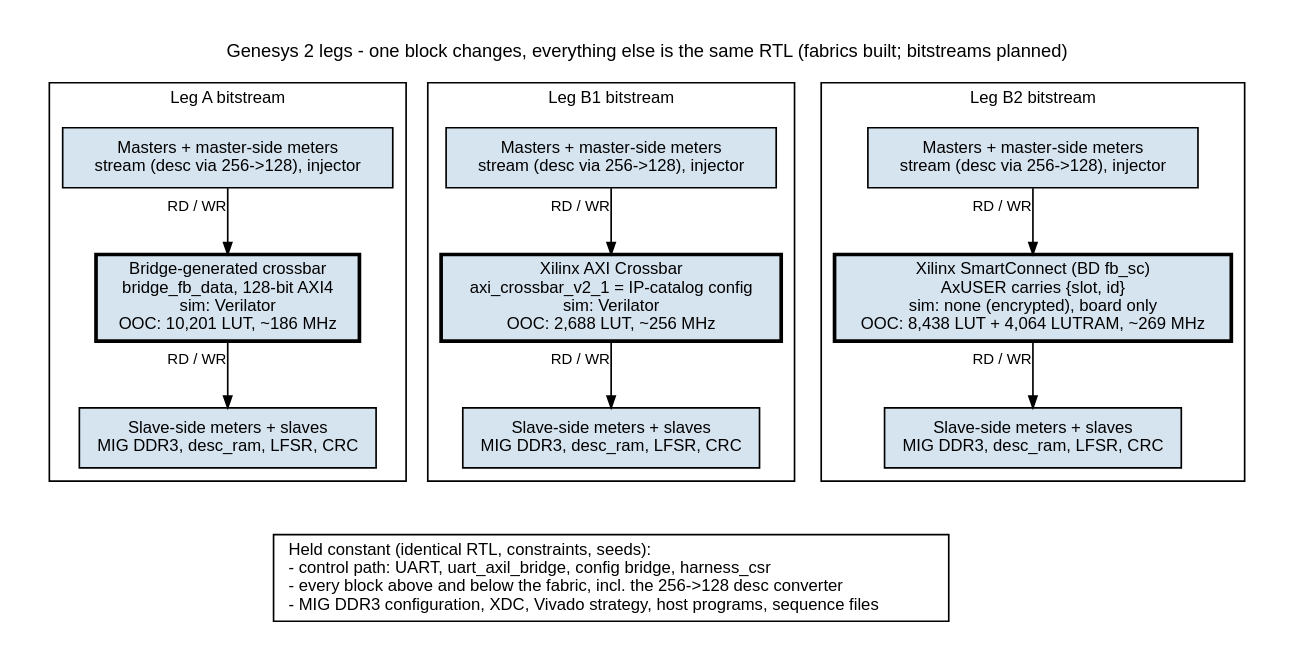
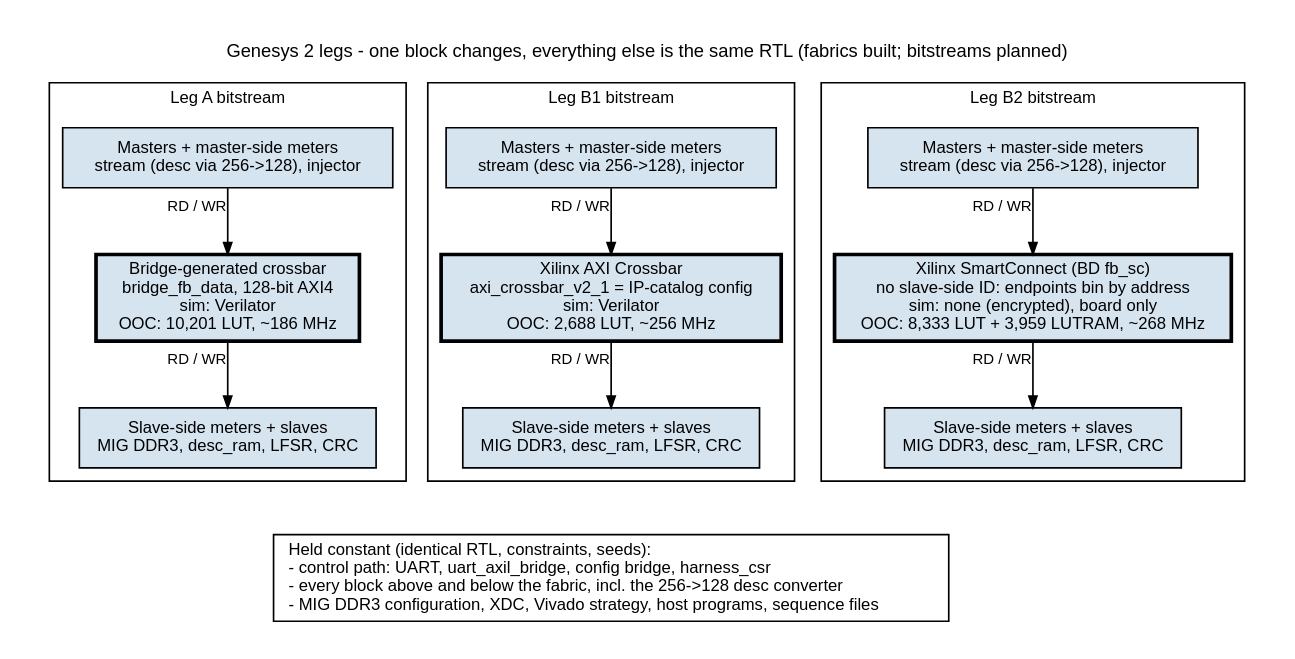
The diagram in projects/fpga-systems/Genesys2/fabric-benchmark/docs/assets/graphviz/k7_legs.dot (sean-galloway/RTLDesignSherpa), drawn with Graphviz before and after one commit. The commit also changed 22 other files, not shown here.

```diff
--- a/projects/fpga-systems/Genesys2/fabric-benchmark/docs/assets/graphviz/k7_legs.dot
+++ b/projects/fpga-systems/Genesys2/fabric-benchmark/docs/assets/graphviz/k7_legs.dot
@@ -1,41 +1,41 @@
 // Genesys 2 fabric benchmark - Leg A vs Leg B1 vs Leg B2: the one swap.
 // The three fabrics are generated and compared out of context (reports/ooc/);
 // the bitstreams around them are planned. Fabric labels carry the OOC numbers.
 // Everything outside the fabric instance is the same RTL in all three bitstreams.
 // House style: vault/handbook/authoring/block-diagrams.md.
 digraph k7_legs {
     graph [rankdir=TB, bgcolor="white", fontname="Helvetica", fontsize=11, nodesep="0.45", ranksep="0.55", splines=ortho, newrank=true, labelloc=t, labeljust=c, pad="0.2",
            label="Genesys 2 legs - one block changes, everything else is the same RTL (fabrics built; bitstreams planned)"];
     node  [fontname="Helvetica", fontsize=10, shape=box, style=filled, fillcolor="#D6E4F0", color="black", margin="0.12,0.06"];
     edge  [fontname="Helvetica", fontsize=9, color="black", arrowsize=0.7];
 
     subgraph cluster_a {
         label="Leg A bitstream"; fontsize=10;
         a_m [label="Masters + master-side meters\nstream (desc via 256->128), injector"];
         a_f [label="Bridge-generated crossbar\nbridge_fb_data, 128-bit AXI4\nsim: Verilator\nOOC: 10,201 LUT, ~186 MHz", penwidth=2.2];
         a_s [label="Slave-side meters + slaves\nMIG DDR3, desc_ram, LFSR, CRC"];
         a_m -> a_f [xlabel="RD / WR"];
         a_f -> a_s [xlabel="RD / WR"];
     }
     subgraph cluster_b1 {
         label="Leg B1 bitstream"; fontsize=10;
         b_m [label="Masters + master-side meters\nstream (desc via 256->128), injector"];
         b_f [label="Xilinx AXI Crossbar\naxi_crossbar_v2_1 = IP-catalog config\nsim: Verilator\nOOC: 2,688 LUT, ~256 MHz", penwidth=2.2];
         b_s [label="Slave-side meters + slaves\nMIG DDR3, desc_ram, LFSR, CRC"];
         b_m -> b_f [xlabel="RD / WR"];
         b_f -> b_s [xlabel="RD / WR"];
     }
     subgraph cluster_b2 {
         label="Leg B2 bitstream"; fontsize=10;
         c_m [label="Masters + master-side meters\nstream (desc via 256->128), injector"];
-        c_f [label="Xilinx SmartConnect (BD fb_sc)\nAxUSER carries {slot, id}\nsim: none (encrypted), board only\nOOC: 8,438 LUT + 4,064 LUTRAM, ~269 MHz", penwidth=2.2];
+        c_f [label="Xilinx SmartConnect (BD fb_sc)\nno slave-side ID: endpoints bin by address\nsim: none (encrypted), board only\nOOC: 8,333 LUT + 3,959 LUTRAM, ~268 MHz", penwidth=2.2];
         c_s [label="Slave-side meters + slaves\nMIG DDR3, desc_ram, LFSR, CRC"];
         c_m -> c_f [xlabel="RD / WR"];
         c_f -> c_s [xlabel="RD / WR"];
     }
     same [label="Held constant (identical RTL, constraints, seeds):\l- control path: UART, uart_axil_bridge, config bridge, harness_csr\l- every block above and below the fabric, incl. the 256->128 desc converter\l- MIG DDR3 configuration, XDC, Vivado strategy, host programs, sequence files\l", fillcolor="white"];
     { rank=same; a_m; b_m; c_m; }
     { rank=same; a_f; b_f; c_f; }
     { rank=same; a_s; b_s; c_s; }
     b_s -> same [style=invis];
 }
```
